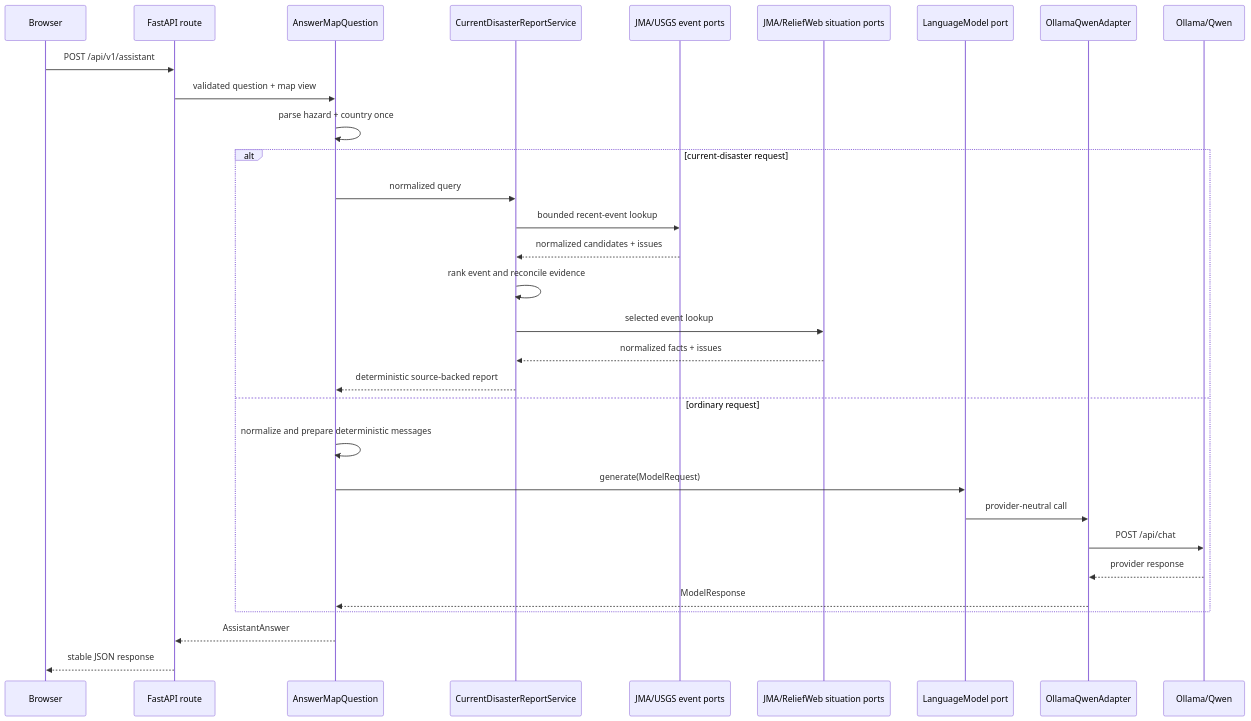
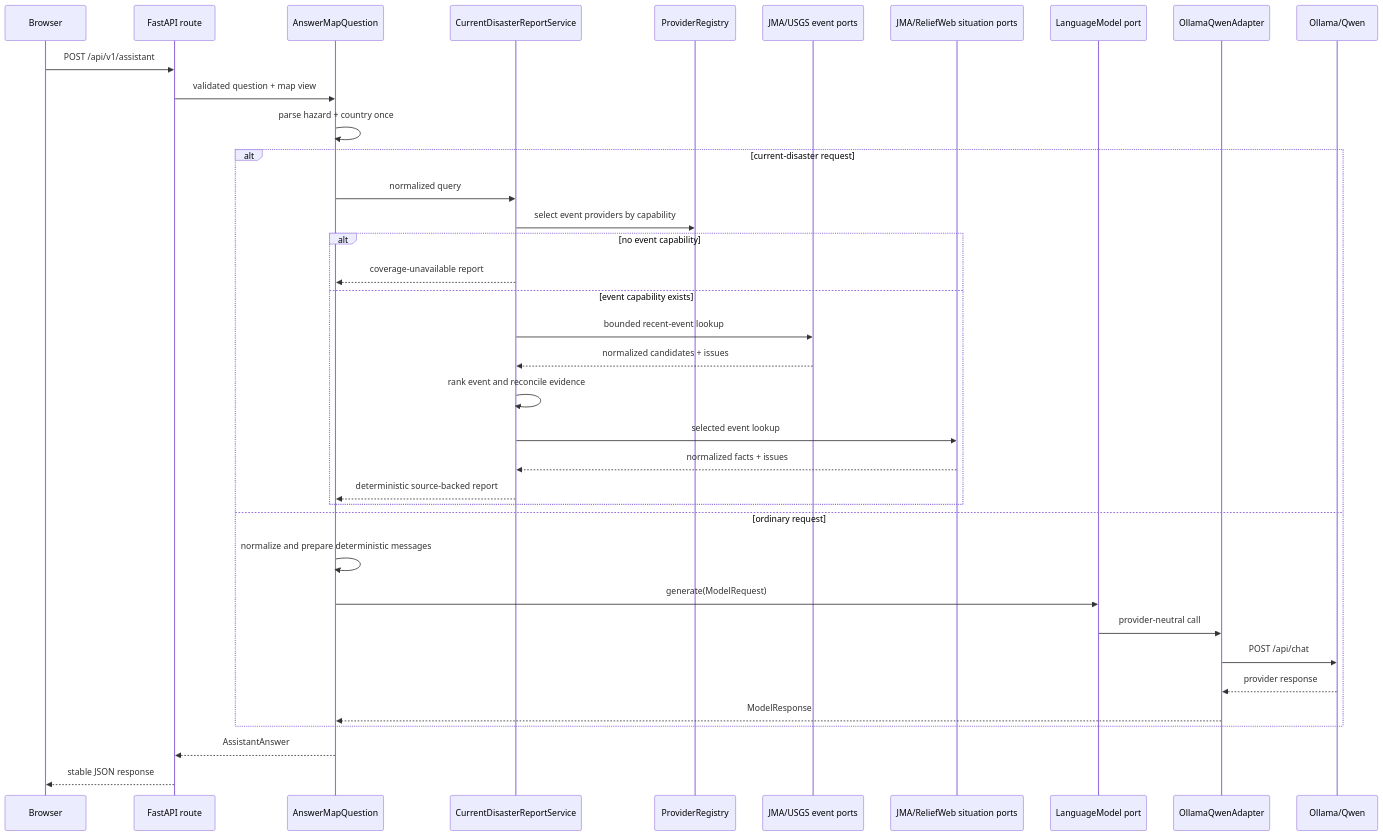
One commit to FearOfTheSea/DisasterMonitor changed the second of 3 diagrams in docs/architecture.md. Above: the diagram before and after it, drawn with Mermaid. The commit also changed other lines of this file and 8 other files, not shown here.

Commit message:
feat: route disaster providers by capability

````diff
--- a/docs/architecture.md
+++ b/docs/architecture.md
@@ -24,34 +24,40 @@
 ```mermaid
 sequenceDiagram
     participant Browser
     participant Route as FastAPI route
     participant UseCase as AnswerMapQuestion
     participant Report as CurrentDisasterReportService
+    participant Registry as ProviderRegistry
     participant Events as JMA/USGS event ports
     participant Situation as JMA/ReliefWeb situation ports
     participant Port as LanguageModel port
     participant Adapter as OllamaQwenAdapter
     participant Model as Ollama/Qwen
 
     Browser->>Route: POST /api/v1/assistant
     Route->>UseCase: validated question + map view
     UseCase->>UseCase: parse hazard + country once
     alt current-disaster request
         UseCase->>Report: normalized query
+        Report->>Registry: select event providers by capability
+        alt no event capability
+            Report-->>UseCase: coverage-unavailable report
+        else event capability exists
         Report->>Events: bounded recent-event lookup
         Events-->>Report: normalized candidates + issues
         Report->>Report: rank event and reconcile evidence
         Report->>Situation: selected event lookup
         Situation-->>Report: normalized facts + issues
         Report-->>UseCase: deterministic source-backed report
+        end
     else ordinary request
     UseCase->>UseCase: normalize and prepare deterministic messages
     UseCase->>Port: generate(ModelRequest)
     Port->>Adapter: provider-neutral call
     Adapter->>Model: POST /api/chat
     Model-->>Adapter: provider response
     Adapter-->>UseCase: ModelResponse
     end
     UseCase-->>Route: AssistantAnswer
     Route-->>Browser: stable JSON response
 ```
````
